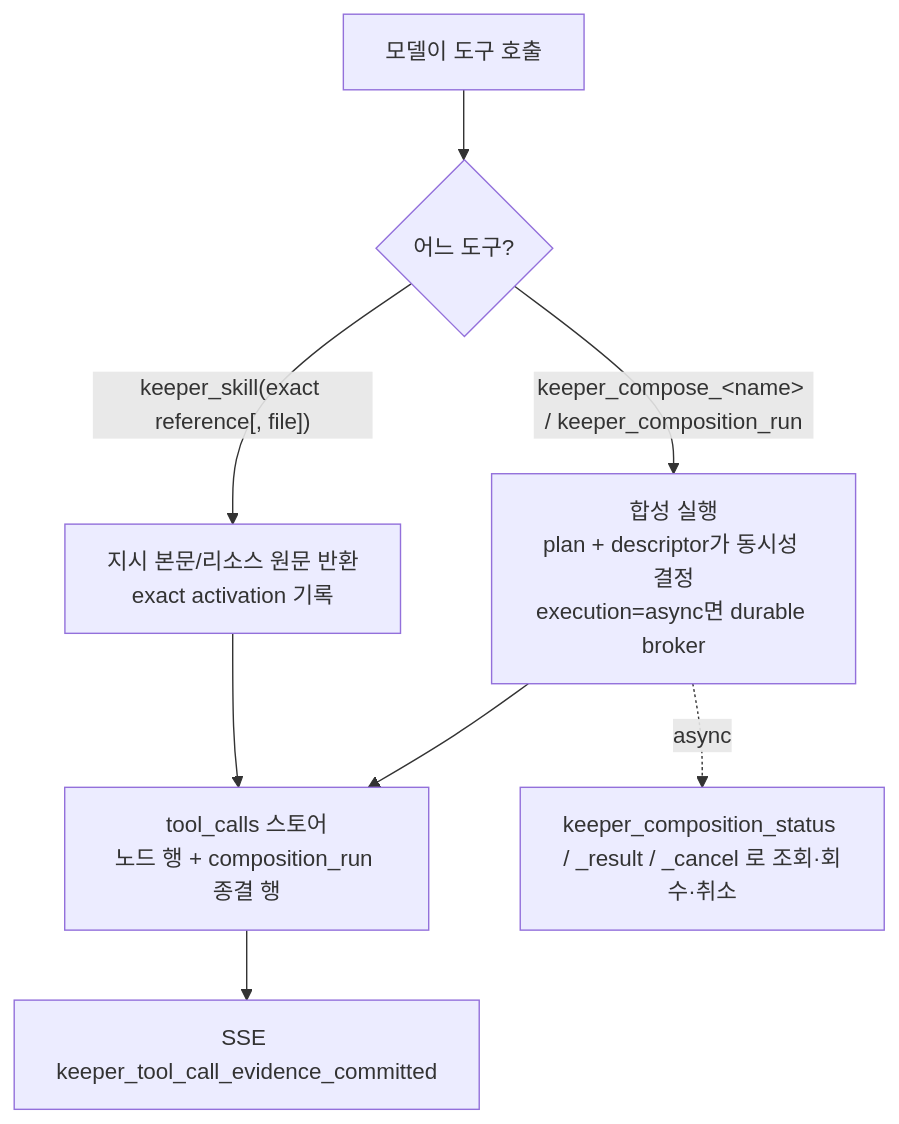
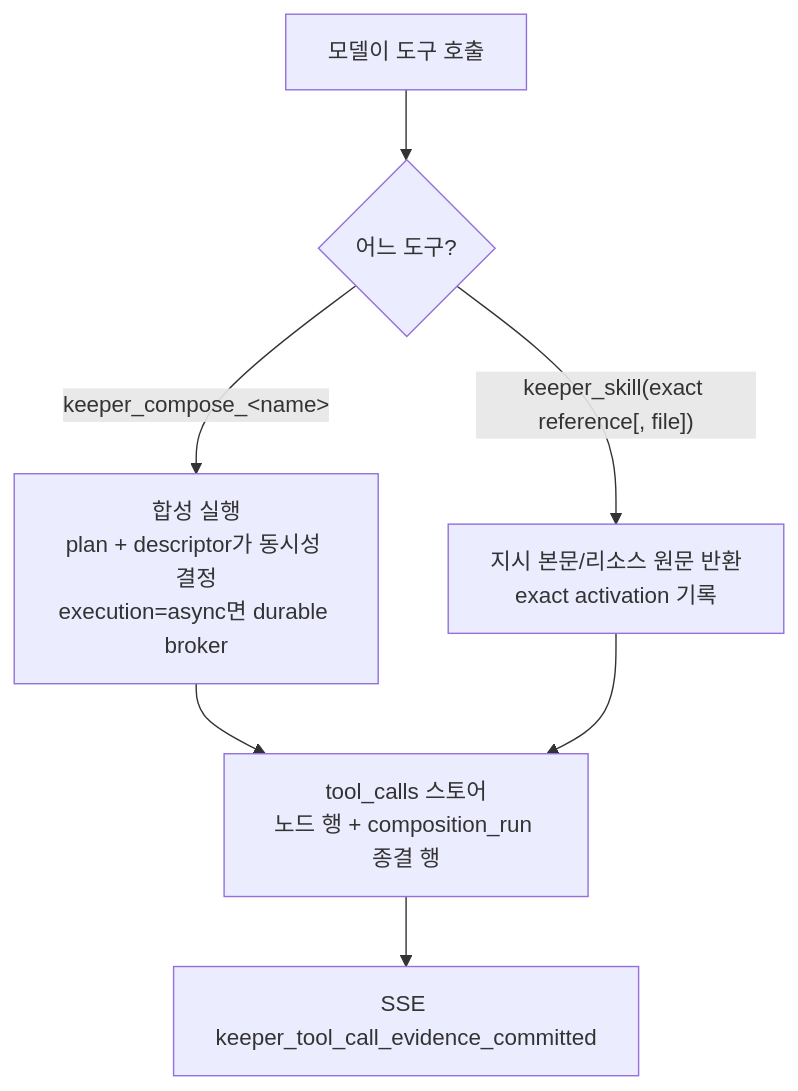
One commit to jeong-sik/masc changed the fourth of 4 diagrams in docs/SKILLS-FLOW.md. Above: the diagram before and after it, drawn with Mermaid. The commit also changed other lines of this file and 177 other files, not shown here.

````diff
--- a/docs/SKILLS-FLOW.md
+++ b/docs/SKILLS-FLOW.md
@@ -238,10 +238,9 @@
 ```mermaid
 flowchart TD
   M["모델이 도구 호출"] --> K{"어느 도구?"}
-  K -->|"keeper_compose_&lt;name&gt; / keeper_composition_run"| CR["합성 실행<br/>plan + descriptor가 동시성 결정<br/>execution=async면 durable broker"]
+  K -->|"keeper_compose_&lt;name&gt;"| CR["합성 실행<br/>plan + descriptor가 동시성 결정<br/>execution=async면 durable broker"]
   K -->|"keeper_skill(exact reference[, file])"| IR["지시 본문/리소스 원문 반환<br/>exact activation 기록"]
   CR --> EV["tool_calls 스토어<br/>노드 행 + composition_run 종결 행"]
   IR --> EV
   EV --> SSE["SSE keeper_tool_call_evidence_committed"]
-  CR -.->|"async"| ST["keeper_composition_status / _result / _cancel 로 조회·회수·취소"]
 ```
````
